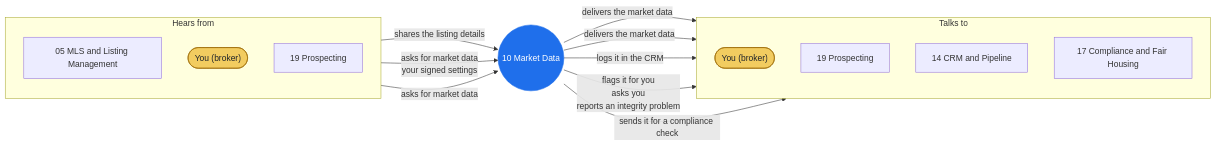
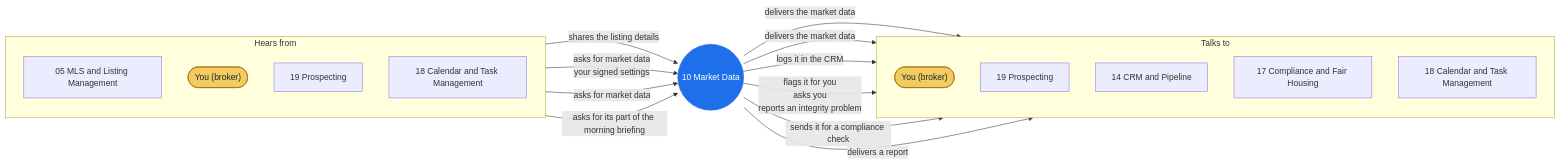
Before and after one commit to QuietFireAI/listing-assistants: the diagram in 10-market-data/README.md, drawn with Mermaid. The commit also changed other lines of this file and 66 other files, not shown here.

First line of the commit message:
Owner walkthrough decisions 2-10 applied; morning briefing sections; evening books

````diff
--- a/10-market-data/README.md
+++ b/10-market-data/README.md
@@ -11,31 +11,35 @@
 ```mermaid
 flowchart LR
     subgraph IN["Hears from"]
         direction TB
         I05["05 MLS and Listing Management"]
         IB(["You (broker)"])
         I19["19 Prospecting"]
+        I18["18 Calendar and Task Management"]
     end
     A10(("10 Market Data"))
     subgraph OUT["Talks to"]
         direction TB
         OB(["You (broker)"])
         O19["19 Prospecting"]
         O14["14 CRM and Pipeline"]
         OB(["You (broker)"])
         O17["17 Compliance and Fair Housing"]
+        O18["18 Calendar and Task Management"]
     end
     I05 -- "shares the listing details" --> A10
     IB -- "asks for market data<br/>your signed settings" --> A10
     I19 -- "asks for market data" --> A10
+    I18 -- "asks for its part of the morning briefing" --> A10
     A10 -- "delivers the market data" --> OB
     A10 -- "delivers the market data" --> O19
     A10 -- "logs it in the CRM" --> O14
     A10 -- "flags it for you<br/>asks you<br/>reports an integrity problem" --> OB
     A10 -- "sends it for a compliance check" --> O17
+    A10 -- "delivers a report" --> O18
     classDef me fill:#1f6feb,stroke:#1f6feb,color:#ffffff
     classDef you fill:#f2cc60,stroke:#9a6700,color:#1f2328
     classDef out fill:#d0d7de,stroke:#57606a,color:#1f2328
     class A10 me
     class IB,OB,OB you
 ```
````
